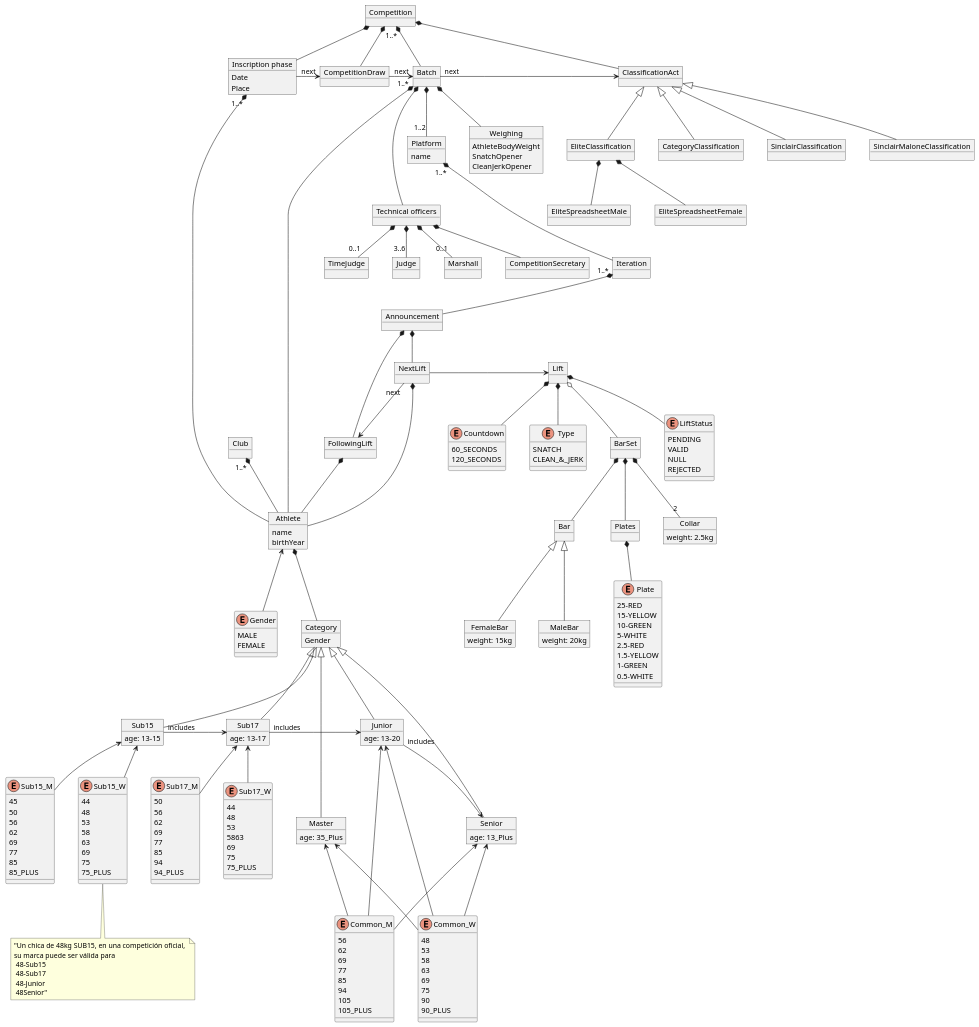
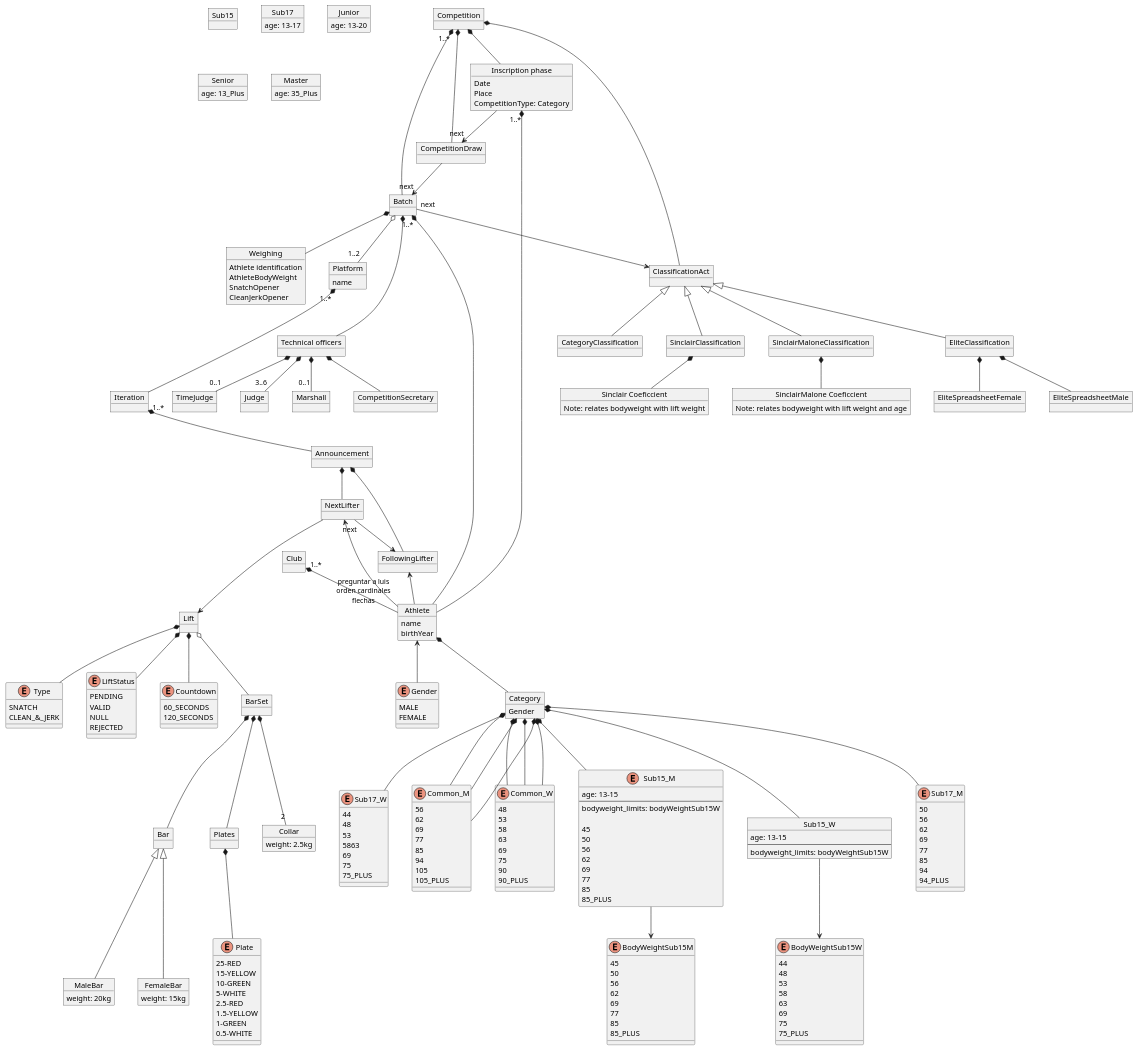
Before and after one commit to zuldare/mastercloud_pfm_halterocms: the diagram in diagrams/modelDomain/competitionDomainModel.puml, drawn with PlantUML. The commit also changed 1 other file, not shown here.

```diff
--- a/diagrams/modelDomain/competitionDomainModel.puml
+++ b/diagrams/modelDomain/competitionDomainModel.puml
@@ -7,10 +7,12 @@
 object "Inscription phase" as Inscription {
   Date
   Place
+  CompetitionType: Category
 }
 object CompetitionDraw
 object Batch
 object Weighing {
+  Athlete identification
   AthleteBodyWeight
   SnatchOpener
   CleanJerkOpener
@@ -82,7 +84,7 @@
 }
 
 object Sub15 {
-  age: 13-15
+
 }
 
 object Sub17 {
@@ -101,10 +103,14 @@
   age: 35_Plus
 }
 
-Sub15 "includes" --right-> Sub17
-Sub17 "includes" --right-> Junior
-Junior "includes" --> Senior
+'Sub15 "includes" --> Sub17
+'Sub17 "includes" --> Junior
+'Junior "includes" --> Senior
 enum Sub15_M {
+   age: 13-15
+   --
+   bodyweight_limits: bodyWeightSub15W
+
   45
   50
   56
@@ -115,7 +121,13 @@
   85_PLUS
 }
 
-enum Sub15_W {
+object Sub15_W {
+ age: 13-15
+ --
+ bodyweight_limits: bodyWeightSub15W
+}
+
+enum BodyWeightSub15W {
  44
  48
  53
@@ -126,8 +138,19 @@
  75_PLUS
 }
 
-note bottom of Sub15_W : "Un chica de 48kg SUB15, en una competición oficial, \nsu marca puede ser válida para \n 48-Sub15 \n 48-Sub17 \n 48-Junior \n 48Senior"
+enum BodyWeightSub15M {
+  45
+  50
+  56
+  62
+  69
+  77
+  85
+  85_PLUS
+ }
 
+Sub15_W --> BodyWeightSub15W
+Sub15_M --> BodyWeightSub15M
 enum Sub17_M {
   50
   56
@@ -173,8 +196,8 @@
 
 object Iteration
 object Announcement
-object NextLift
-object FollowingLift
+object NextLifter
+object FollowingLifter
 
 Competition *-- Inscription
 Inscription "1..*"  *-- Athlete
@@ -190,12 +213,24 @@
 EliteClassification *-- EliteSpreadsheetMale
 EliteClassification *-- EliteSpreadsheetFemale
 
-Batch "next" -right-> ClassificationAct
-Inscription -right-> "next" CompetitionDraw
-CompetitionDraw -right-> "next" Batch
+
+object "Sinclair Coeficcient" as sc {
+  Note: relates bodyweight with lift weight
+}
+
+object "SinclairMalone Coeficcient" as scm {
+  Note: relates bodyweight with lift weight and age
+}
+
+SinclairClassification *-- sc
+SinclairMaloneClassification *-- scm
+
+Batch "next" --> ClassificationAct
+Inscription --> "next" CompetitionDraw
+CompetitionDraw --> "next" Batch
 
 Batch *-- Weighing
-Batch *-- "1..2" Platform
+Batch o-- "1..2" Platform
 Batch "1..*" *---  Athlete
 Batch *--- TC
 
@@ -206,12 +241,12 @@
 
 Platform "1..*" *---  Iteration
 Iteration "1..*" *--  Announcement
-Announcement *-- NextLift
-Announcement *-- FollowingLift
-NextLift "next" --> FollowingLift
-NextLift --right-> Lift
-NextLift *-- Athlete
-FollowingLift *-- Athlete
+Announcement *-- NextLifter
+Announcement *-- FollowingLifter
+NextLifter "next" --> FollowingLifter
+NextLifter ---> Lift
+NextLifter <-- "preguntar a luis\n orden cardinales \nflechas" Athlete
+FollowingLifter <-- Athlete
 
 Lift *-- Type
 Lift *-- LiftStatus
@@ -224,23 +259,18 @@
 Bar <|-- MaleBar
 Plates *-- Plate
 
-Category <|-- Master
-Category <|-- Sub15
-Category <|-- Sub17
-Category <|-- Junior
-Category <|-- Senior
+Category *-- Sub15_W
+Category *-- Sub15_M
+Category *-- Sub17_W
+Category *-- Sub17_M
+Category *-- Common_M
+Category *-- Common_W
+Category *-- Common_M
+Category *-- Common_W
+Category *-- Common_M
+Category *-- Common_W
+
+Athlete *-- Category
 
 
-Sub15 <-- Sub15_W
-Sub15 <-- Sub15_M
-Sub17 <-- Sub17_W
-Sub17 <-- Sub17_M
-Junior <-- Common_M
-Junior <-- Common_W
-Senior <-- Common_M
-Senior <-- Common_W
-Master <-- Common_M
-Master <-- Common_W
-
-Athlete *-- Category
 @enduml
```
